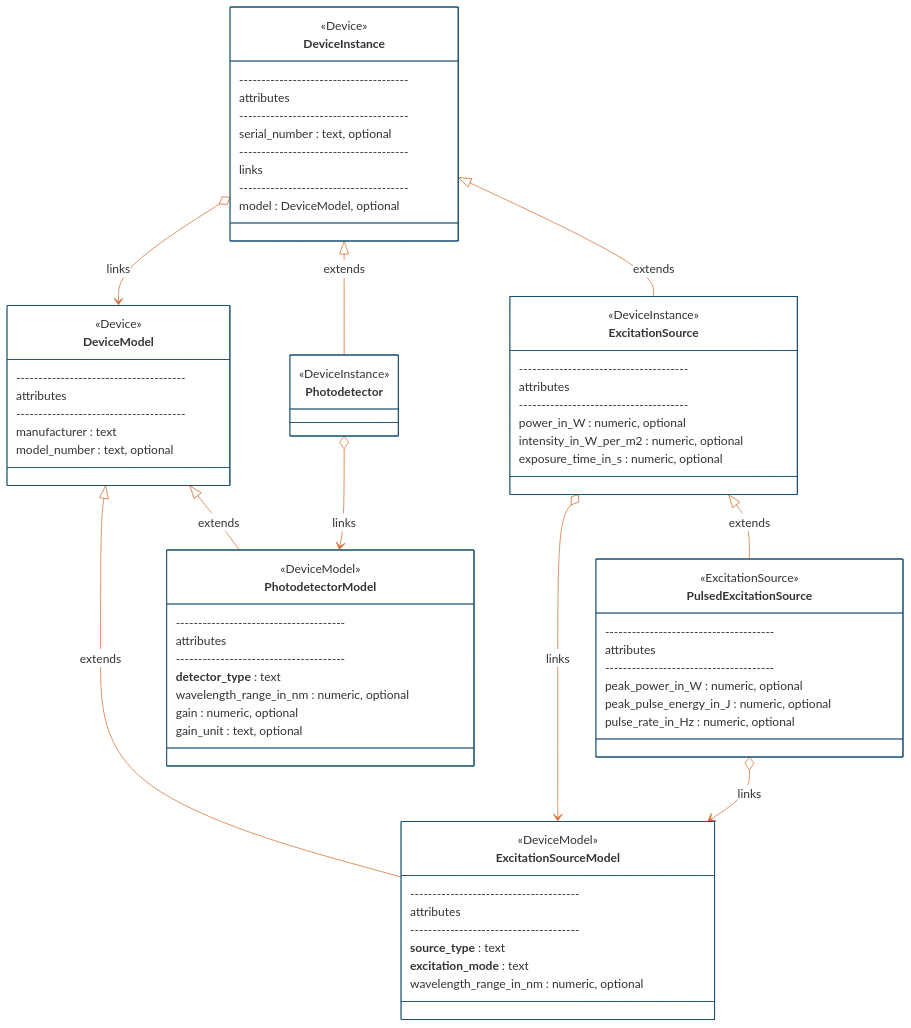
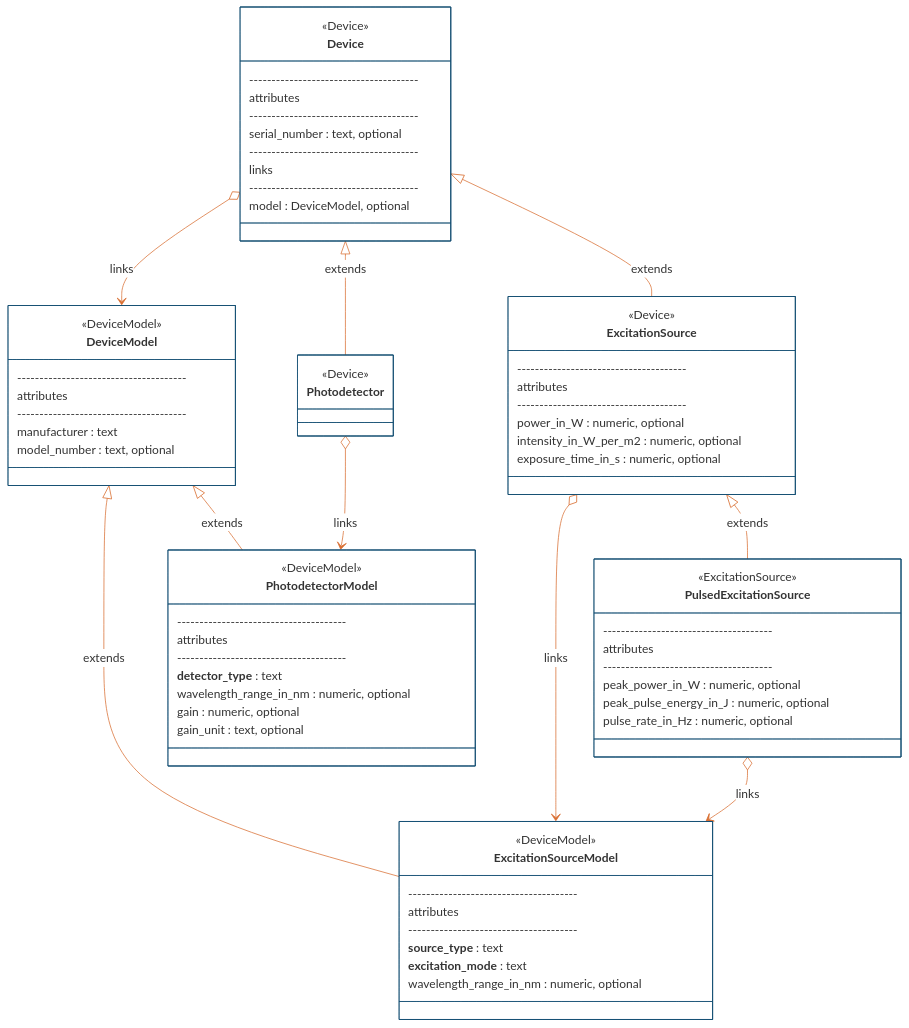
One commit to catalystneuro/ndx-ophys-devices changed the second of 4 diagrams in README.md. Above: the diagram before and after it, drawn with Mermaid. The commit also changed other lines of this file and 8 other files, not shown here.

First line of the commit message:
Switch to core DeviceModel (#20)

````diff
--- a/README.md
+++ b/README.md
@@ -393,7 +391,7 @@
     direction TB
     
     class DeviceModel{
-        <<Device>>
+        <<DeviceModel>>
         --------------------------------------
         attributes
         --------------------------------------
@@ -401,7 +399,7 @@
         model_number : text, optional
     }
     
-    class DeviceInstance{
+    class Device{
         <<Device>>
         --------------------------------------
         attributes
@@ -424,7 +422,7 @@
     }
     
     class ExcitationSource{
-        <<DeviceInstance>>
+        <<Device>>
         --------------------------------------
         attributes
         --------------------------------------
@@ -455,18 +453,18 @@
     }
     
     class Photodetector{
-        <<DeviceInstance>>
+        <<Device>>
     }
     
-    DeviceInstance o--> DeviceModel : links
+    Device o--> DeviceModel : links
 
     DeviceModel <|-- ExcitationSourceModel : extends
-    DeviceInstance <|-- ExcitationSource : extends
+    Device <|-- ExcitationSource : extends
     ExcitationSource o--> ExcitationSourceModel : links
     ExcitationSource <|-- PulsedExcitationSource : extends
     PulsedExcitationSource o--> ExcitationSourceModel : links
 
     DeviceModel <|-- PhotodetectorModel : extends
-    DeviceInstance <|-- Photodetector : extends
+    Device <|-- Photodetector : extends
     Photodetector o--> PhotodetectorModel : links
 ```
````
